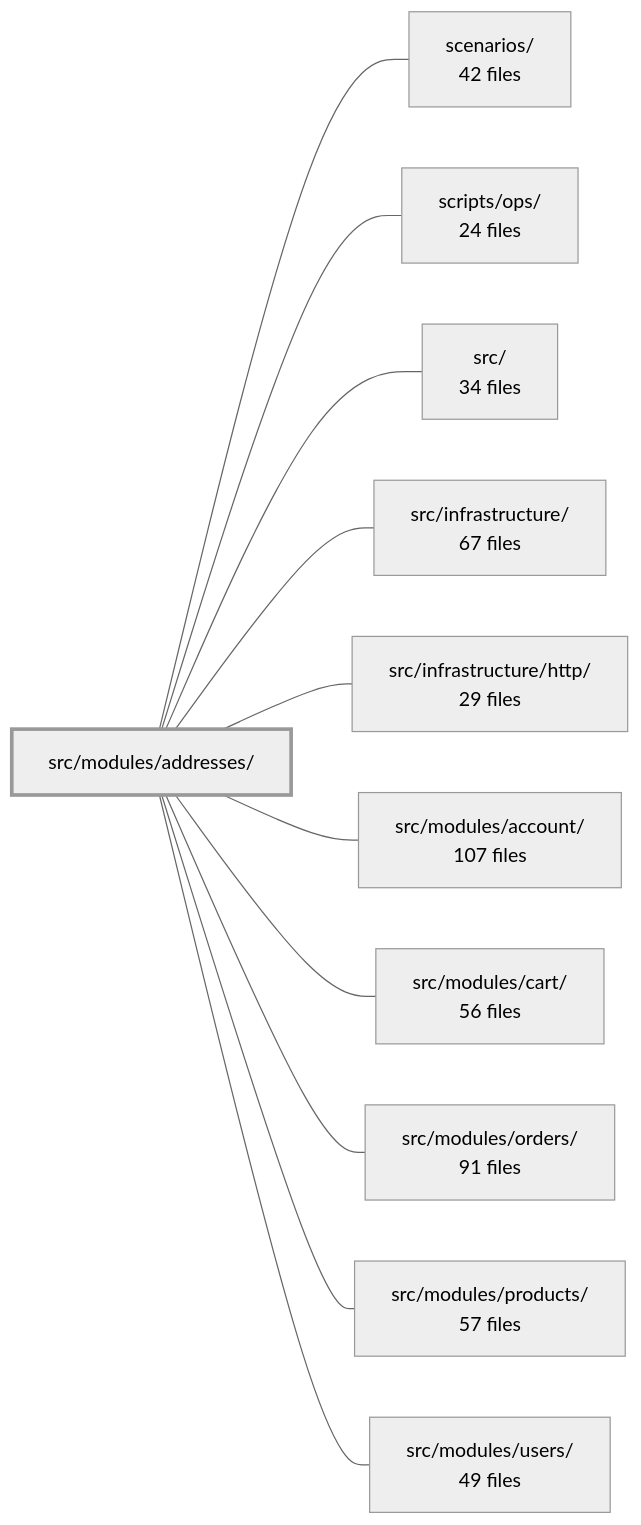
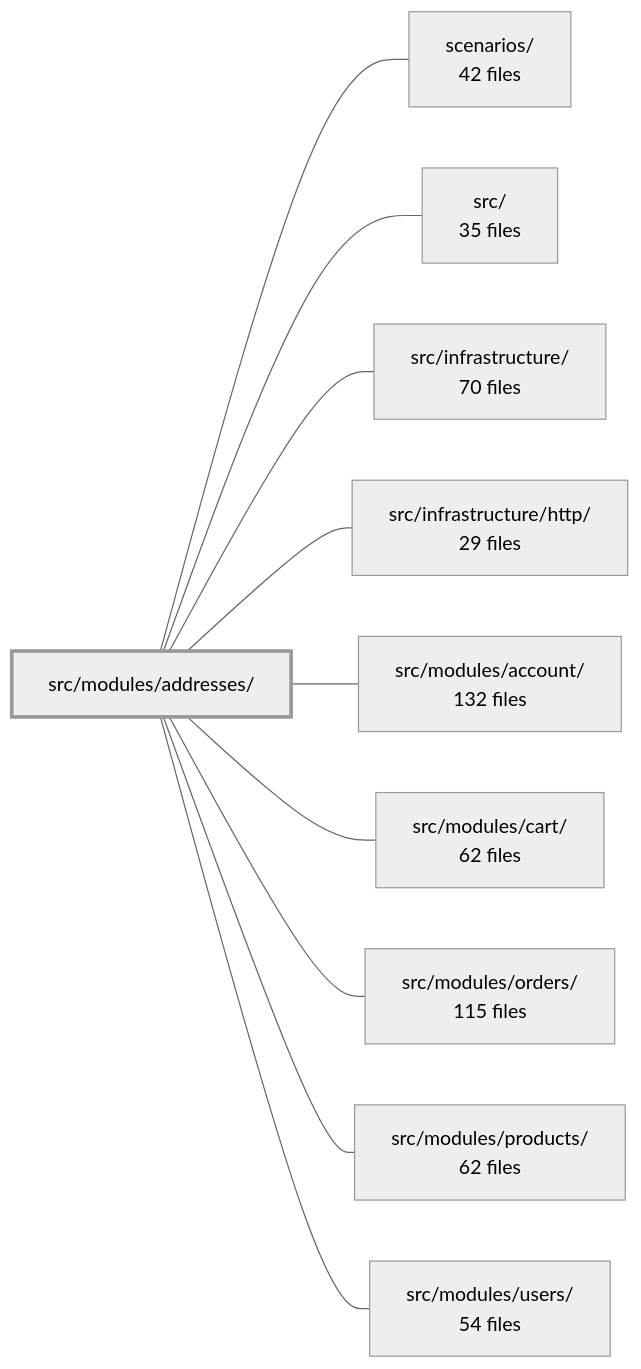
One commit to Guebbit/boilerplate-node-backend changed the diagram in .2brain/modules/boilerplate-node-backend_src_modules_addresses.md. Above: the diagram before and after it, drawn with Mermaid (neutral theme). The commit also changed other lines of this file and 627 other files, not shown here.

````diff
--- a/.2brain/modules/boilerplate-node-backend_src_modules_addresses.md
+++ b/.2brain/modules/boilerplate-node-backend_src_modules_addresses.md
@@ -39,25 +43,23 @@
 ```mermaid
 flowchart LR
     m_src_modules_addresses["src/modules/addresses/"]
     m_scenarios["scenarios/<br/>42 files"]
-    m_scripts_ops["scripts/ops/<br/>24 files"]
-    m_src["src/<br/>34 files"]
-    m_src_infrastructure["src/infrastructure/<br/>67 files"]
+    m_src["src/<br/>35 files"]
+    m_src_infrastructure["src/infrastructure/<br/>70 files"]
     m_src_infrastructure_http["src/infrastructure/http/<br/>29 files"]
-    m_src_modules_account["src/modules/account/<br/>107 files"]
-    m_src_modules_cart["src/modules/cart/<br/>56 files"]
-    m_src_modules_orders["src/modules/orders/<br/>91 files"]
-    m_src_modules_products["src/modules/products/<br/>57 files"]
-    m_src_modules_users["src/modules/users/<br/>49 files"]
+    m_src_modules_account["src/modules/account/<br/>132 files"]
+    m_src_modules_cart["src/modules/cart/<br/>62 files"]
+    m_src_modules_orders["src/modules/orders/<br/>115 files"]
+    m_src_modules_products["src/modules/products/<br/>62 files"]
+    m_src_modules_users["src/modules/users/<br/>54 files"]
     m_src_modules_addresses --- m_scenarios
-    m_src_modules_addresses --- m_scripts_ops
     m_src_modules_addresses --- m_src
     m_src_modules_addresses --- m_src_infrastructure
     m_src_modules_addresses --- m_src_infrastructure_http
     m_src_modules_addresses --- m_src_modules_account
     m_src_modules_addresses --- m_src_modules_cart
     m_src_modules_addresses --- m_src_modules_orders
     m_src_modules_addresses --- m_src_modules_products
     m_src_modules_addresses --- m_src_modules_users
     style m_src_modules_addresses stroke-width:3px
 ```
````
